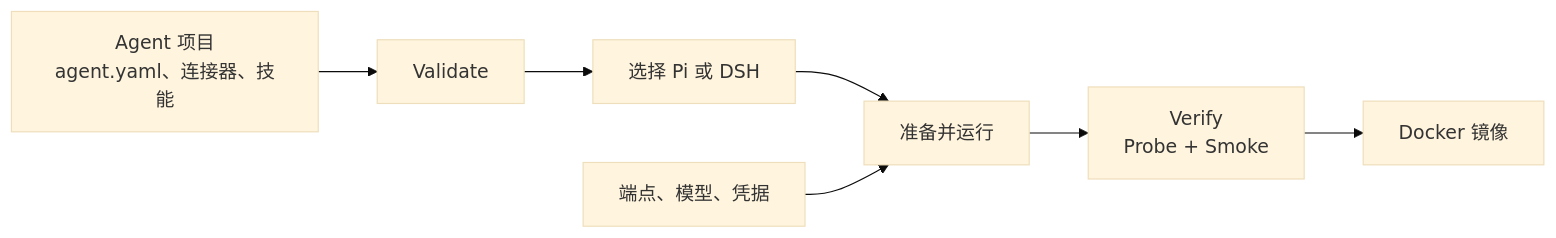
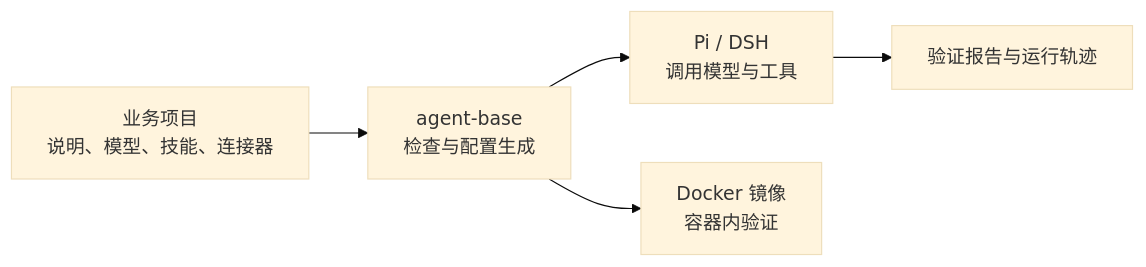
Before and after one commit to uukuguy/agent-base: the diagram in README.zh-CN.md, drawn with Mermaid (base theme). The commit also changed other lines of this file and 1 other file, not shown here.

Commit message:
Reframe README around agent projects

````diff
--- a/README.zh-CN.md
+++ b/README.zh-CN.md
@@ -129,9 +130,7 @@
 ```mermaid
 flowchart LR
-  A[Agent 项目\nagent.yaml、连接器、技能] --> B[Validate]
-  B --> C[选择 Pi 或 DSH]
-  C --> D[准备并运行]
-  D --> E[Verify\nProbe + Smoke]
-  E --> F[Docker 镜像]
-  G[端点、模型、凭据] --> D
+  A[业务项目<br/>说明、模型、技能、连接器] --> B[agent-base<br/>检查与配置生成]
+  B --> C[Pi / DSH<br/>调用模型与工具]
+  C --> D[验证报告与运行轨迹]
+  B --> E[Docker 镜像<br/>容器内验证]
 ```
````
